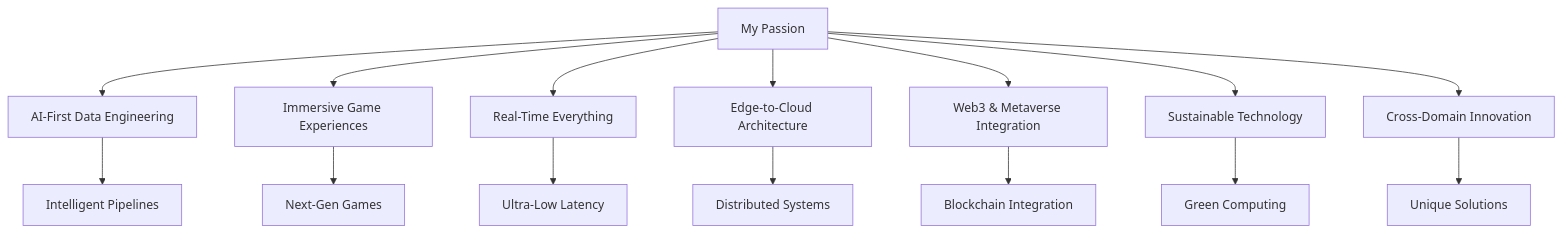
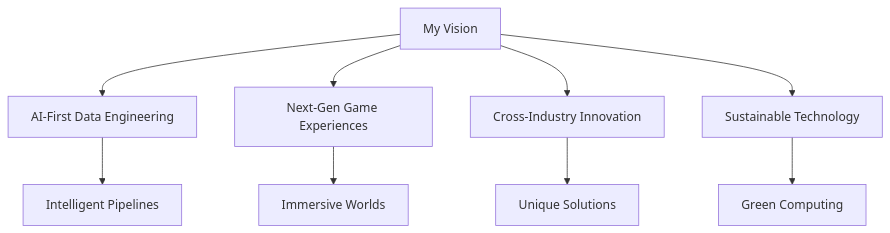
Before and after one commit to moeinghaeini/moeinghaeini: the diagram in README.md, drawn with Mermaid. The commit also changed other lines of this file, not shown here.

````diff
--- a/README.md
+++ b/README.md
@@ -210,18 +123,12 @@
 ```mermaid
 graph TD
-    A[My Passion] --> B[AI-First Data Engineering]
-    A --> C[Immersive Game Experiences]
-    A --> D[Real-Time Everything]
-    A --> E[Edge-to-Cloud Architecture]
-    A --> F[Web3 & Metaverse Integration]
-    A --> G[Sustainable Technology]
-    A --> H[Cross-Domain Innovation]
+    A[My Vision] --> B[AI-First Data Engineering]
+    A --> C[Next-Gen Game Experiences]
+    A --> D[Cross-Industry Innovation]
+    A --> E[Sustainable Technology]
     
-    B --> I[Intelligent Pipelines]
-    C --> J[Next-Gen Games]
-    D --> K[Ultra-Low Latency]
-    E --> L[Distributed Systems]
-    F --> M[Blockchain Integration]
-    G --> N[Green Computing]
-    H --> O[Unique Solutions]
+    B --> F[Intelligent Pipelines]
+    C --> G[Immersive Worlds]
+    D --> H[Unique Solutions]
+    E --> I[Green Computing]
 ```
````
